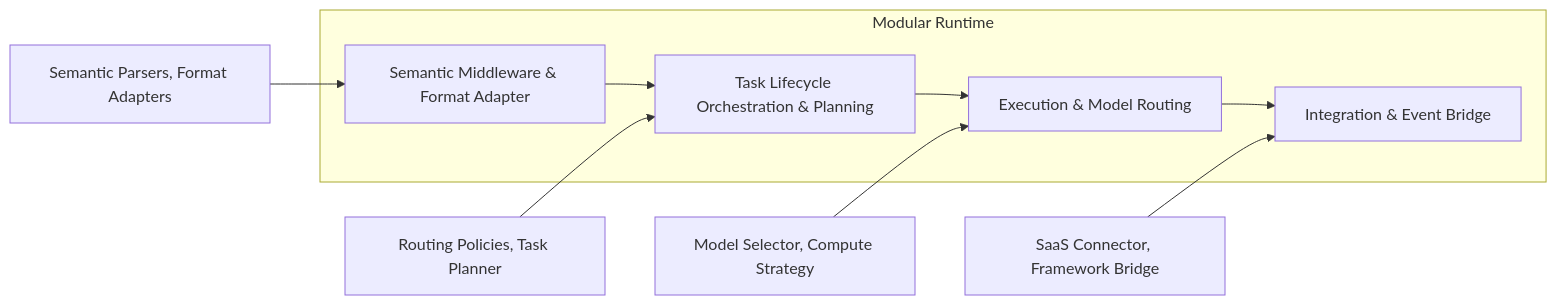
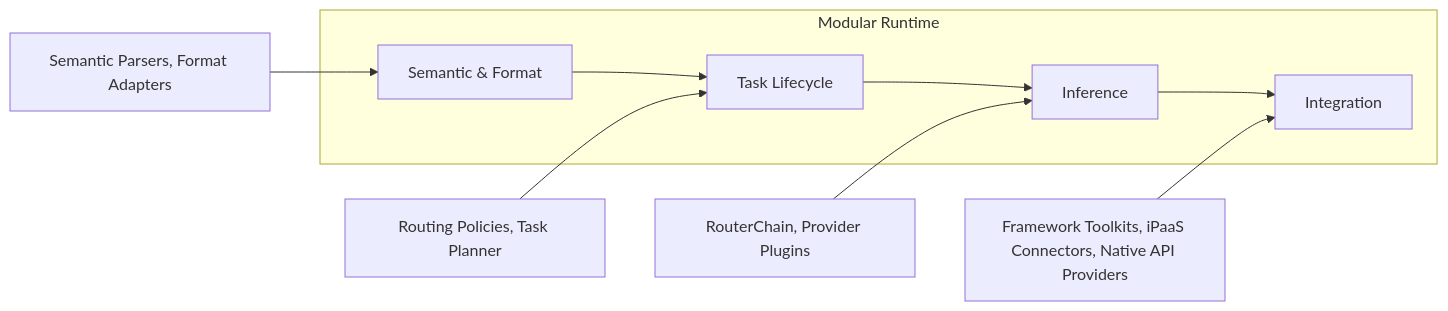
One commit to CharmAIOS/.github changed the second of 2 diagrams in profile/README.md. Above: the diagram before and after it, drawn with Mermaid. The commit also changed other lines of this file, not shown here.

````diff
--- a/profile/README.md
+++ b/profile/README.md
@@ -44,17 +54,17 @@
 ```mermaid
 flowchart LR
     subgraph SYSTEM_INTERNAL [Modular Runtime]
-        SM[Semantic Middleware & Format Adapter]
-        ORCH[Task Lifecycle Orchestration & Planning]
-        EXE[Execution & Model Routing]
-        IEB[Integration & Event Bridge]
+        SM[Semantic & Format]
+        ORCH[Task Lifecycle]
+        EXE[Inference]
+        IEB[Integration]
     end
 
     SM --> ORCH --> EXE --> IEB
 
     %% Plugin injection points
     PL_SM[Semantic Parsers, Format Adapters] --> SM
     PL_ORCH[Routing Policies, Task Planner] --> ORCH
-    PL_EXE[Model Selector, Compute Strategy] --> EXE
-    PL_IEB[SaaS Connector, Framework Bridge] --> IEB
+    PL_EXE[RouterChain, Provider Plugins] --> EXE
+    PL_IEB[Framework Toolkits, iPaaS Connectors, Native API Providers] --> IEB
 ```
````
